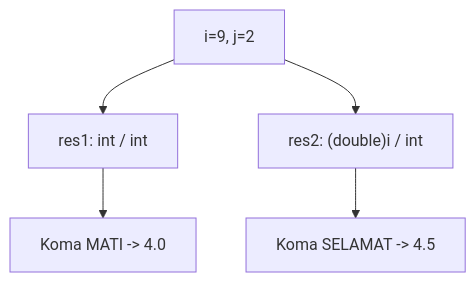
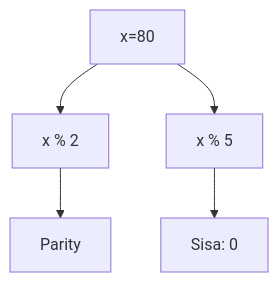
One commit to amnahwaida/OSNK_INF_PREP changed the eighth of 25 diagrams in part-c-pemahaman-cpp/01-tipe-data/latihan/set-05.md. Above: the diagram before and after it, drawn with Mermaid. The commit also changed other lines of this file and 71 other files, not shown here.

````diff
--- a/part-c-pemahaman-cpp/01-tipe-data/latihan/set-05.md
+++ b/part-c-pemahaman-cpp/01-tipe-data/latihan/set-05.md
@@ -208,7 +234,7 @@
 ```mermaid
 graph TD
-    A["i=9, j=2"] --> B["res1: int / int"]
-    B --> C["Koma MATI -> 4.0"]
-    A --> D["res2: (double)i / int"]
-    D --> E["Koma SELAMAT -> 4.5"]
+A[x=80] --> B[x % 2]
+B --> C[Parity]
+A --> D[x % 5]
+D --> E[Sisa: 0]
 ```
````
